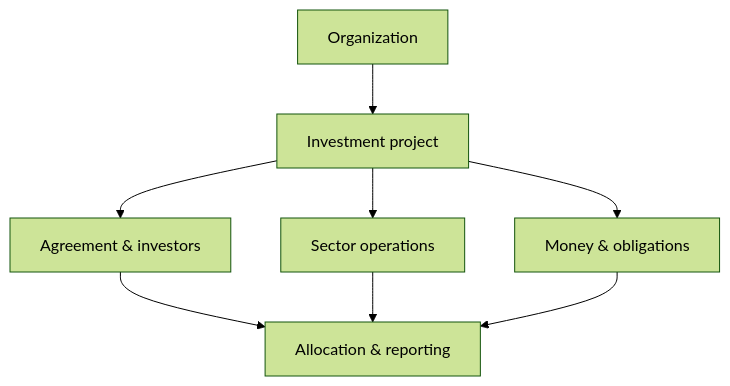
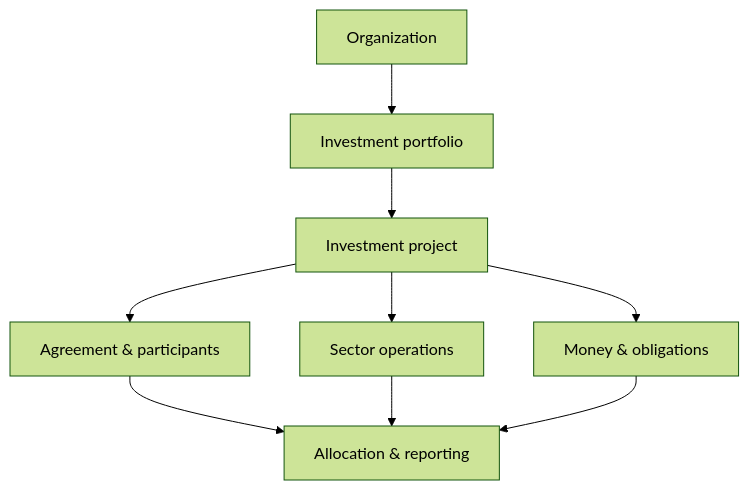
Before and after one commit to mohamedmasoud3030-tech/Terranex: the diagram in docs/greenfield/02_OPERATING_MODEL_AND_JOURNEYS.md, drawn with Mermaid (forest theme). The commit also changed other lines of this file, not shown here.

Commit message:
docs(r0): add portfolio operating layer and journeys

````diff
--- a/docs/greenfield/02_OPERATING_MODEL_AND_JOURNEYS.md
+++ b/docs/greenfield/02_OPERATING_MODEL_AND_JOURNEYS.md
@@ -10,10 +12,11 @@
 ```mermaid
 flowchart TD
-  O["Organization"] --> P["Investment project"]
-  P --> A["Agreement & investors"]
+  O["Organization"] --> PF["Investment portfolio"]
+  PF --> P["Investment project"]
+  P --> A["Agreement & participants"]
   P --> S["Sector operations"]
   P --> M["Money & obligations"]
   A --> R["Allocation & reporting"]
   S --> R
   M --> R
 ```
````
